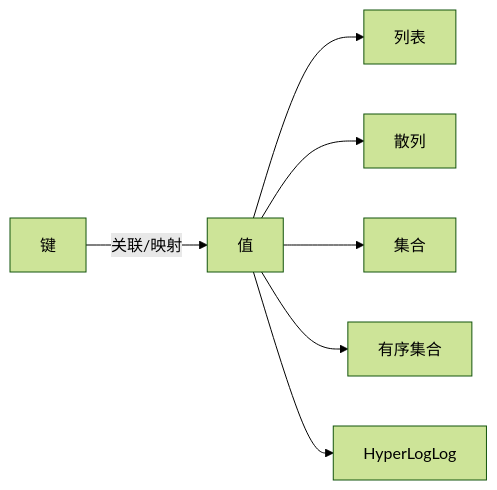
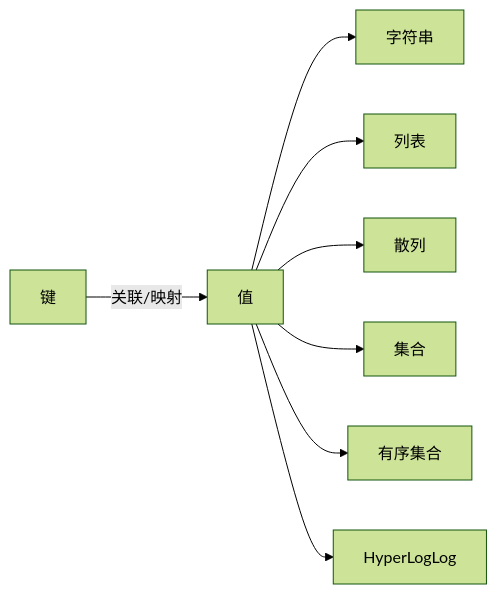
The diagram in NoSQL/redis/01redis介绍.md (zhoupeng1921/myDocument), drawn with Mermaid (forest theme) before and after one commit. The commit also changed 3 other files, not shown here.

````diff
--- a/NoSQL/redis/01redis介绍.md
+++ b/NoSQL/redis/01redis介绍.md
@@ -15,9 +15,10 @@
 ```mermaid
 graph LR
 键 --关联/映射--> 值
+值 --> 字符串
 值 --> 列表
 值 --> 散列
 值 --> 集合
 值 --> 有序集合
 值 --> HyperLogLog
 ```
````
